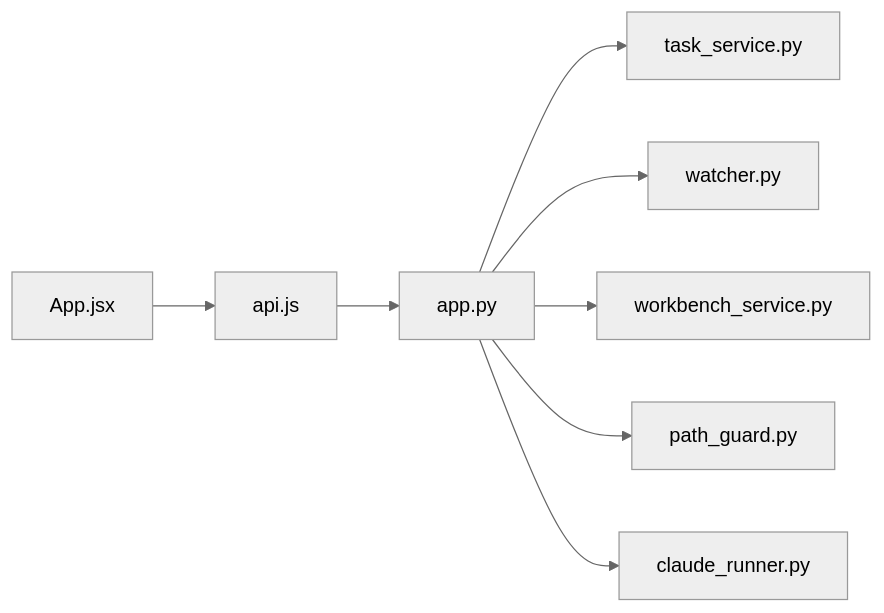
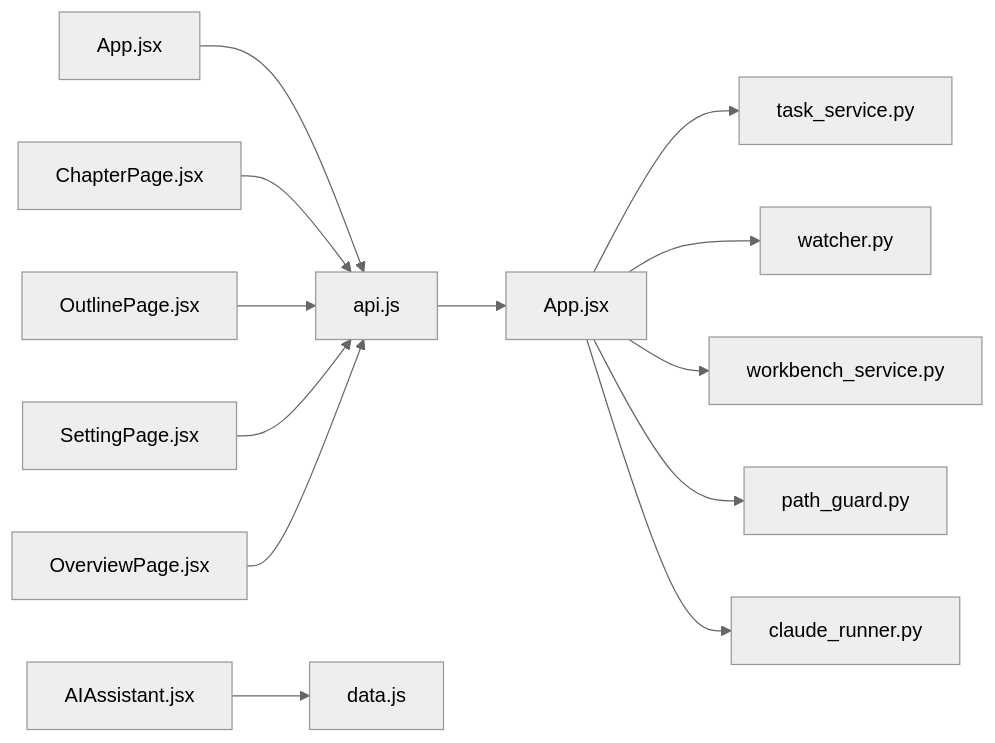
One commit to ssffpt/webnovel-writer changed the eighth of 8 diagrams in .qoder/repowiki/zh/content/写作工作台/写作工作台.md. Above: the diagram before and after it, drawn with Mermaid (neutral theme). The commit also changed other lines of this file and 13 other files, not shown here.

````diff
--- a/.qoder/repowiki/zh/content/写作工作台/写作工作台.md
+++ b/.qoder/repowiki/zh/content/写作工作台/写作工作台.md
@@ -354,10 +489,15 @@
 ```mermaid
 graph LR
-APP["app.py"] --> TS["task_service.py"]
+APP["App.jsx"] --> TS["task_service.py"]
 APP --> W["watcher.py"]
 APP --> WS["workbench_service.py"]
 APP --> PG["path_guard.py"]
 APP --> CR["claude_runner.py"]
 FE["App.jsx"] --> API["api.js"]
 API --> APP
+AI["AIAssistant.jsx"] --> DATA["data.js"]
+CHAPTER["ChapterPage.jsx"] --> API
+OUTLINE["OutlinePage.jsx"] --> API
+SETTING["SettingPage.jsx"] --> API
+OVERVIEW["OverviewPage.jsx"] --> API
 ```
````
